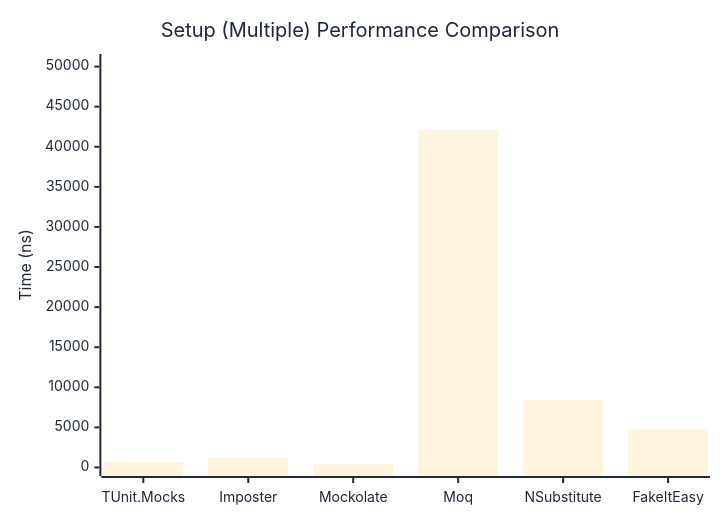
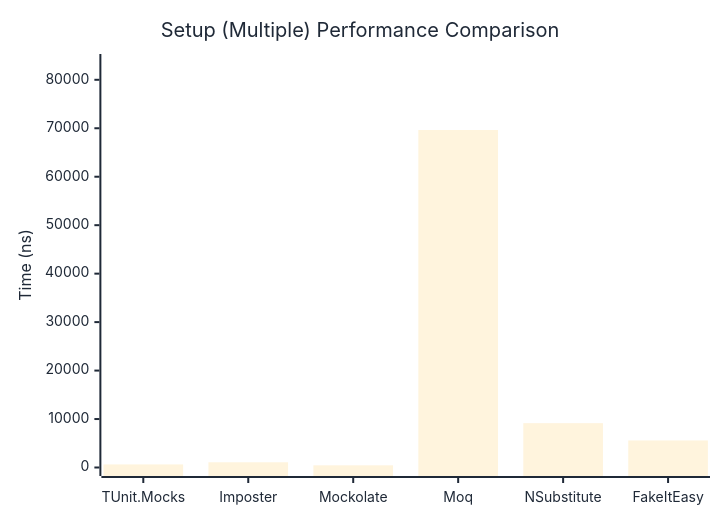
The second of 2 diagrams in docs/docs/benchmarks/mocks/Setup.md (thomhurst/TUnit), drawn with Mermaid before and after one commit. The commit also changed other lines of this file and 14 other files, not shown here.

````diff
--- a/docs/docs/benchmarks/mocks/Setup.md
+++ b/docs/docs/benchmarks/mocks/Setup.md
@@ -71,27 +71,27 @@
 ```mermaid
 %%{init: {
   'theme':'base',
   'themeVariables': {
     'primaryColor': '#2563eb',
     'primaryTextColor': '#1f2937',
     'primaryBorderColor': '#1e40af',
     'lineColor': '#6b7280',
     'secondaryColor': '#7c3aed',
     'tertiaryColor': '#dc2626',
     'background': '#ffffff',
     'pie1': '#2563eb',
     'pie2': '#7c3aed',
     'pie3': '#dc2626',
     'pie4': '#f59e0b',
     'pie5': '#10b981',
     'pie6': '#06b6d4',
     'pie7': '#ec4899',
     'pie8': '#6366f1'
   }
 }}%%
 xychart-beta
   title "Setup (Multiple) Performance Comparison"
   x-axis ["TUnit.Mocks", "Imposter", "Mockolate", "Moq", "NSubstitute", "FakeItEasy"]
-  y-axis "Time (ns)" 0 --> 50507
-  bar [683.5, 1214.3, 457.3, 42088.4, 8431, 4830.9]
+  y-axis "Time (ns)" 0 --> 83568
+  bar [635.2, 1079, 448.5, 69640, 9148.3, 5581.4]
 ```
````
